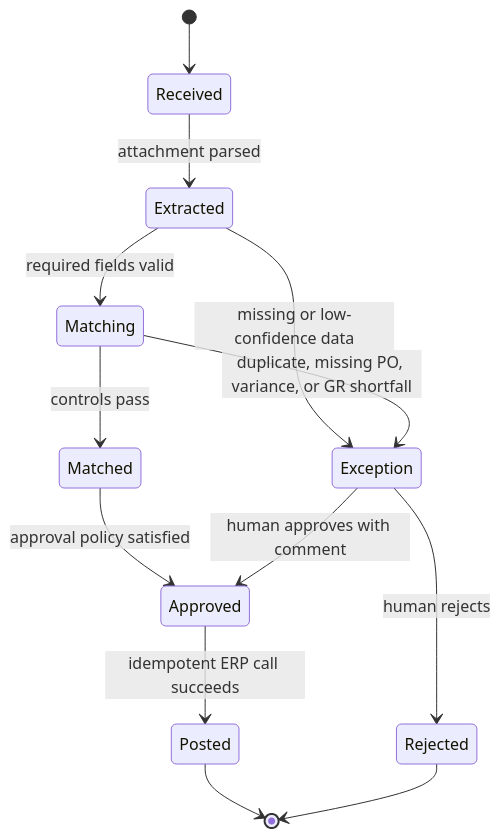
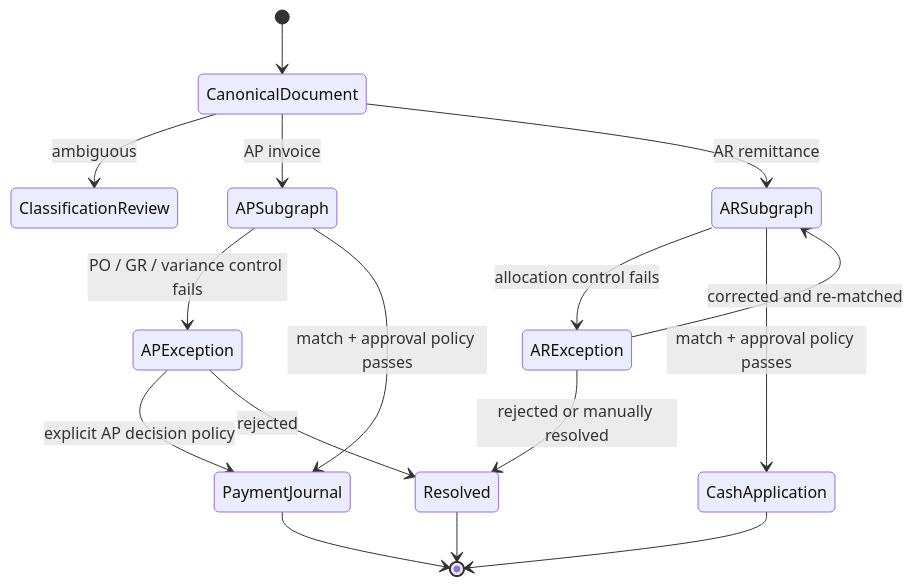
The diagram in docs/diagrams/workflow.mmd (saifs1315/Agentic-Invoice-to-Payment), drawn with Mermaid before and after one commit. The commit also changed other lines of this file and 51 other files, not shown here.

```diff
--- a/docs/diagrams/workflow.mmd
+++ b/docs/diagrams/workflow.mmd
@@ -1,13 +1,16 @@
 stateDiagram-v2
-  [*] --> Received
-  Received --> Extracted: attachment parsed
-  Extracted --> Exception: missing or low-confidence data
-  Extracted --> Matching: required fields valid
-  Matching --> Exception: duplicate, missing PO, variance, or GR shortfall
-  Matching --> Matched: controls pass
-  Matched --> Approved: approval policy satisfied
-  Exception --> Approved: human approves with comment
-  Exception --> Rejected: human rejects
-  Approved --> Posted: idempotent ERP call succeeds
-  Posted --> [*]
-  Rejected --> [*]
+  [*] --> CanonicalDocument
+  CanonicalDocument --> ClassificationReview: ambiguous
+  CanonicalDocument --> APSubgraph: AP invoice
+  CanonicalDocument --> ARSubgraph: AR remittance
+  APSubgraph --> APException: PO / GR / variance control fails
+  APSubgraph --> PaymentJournal: match + approval policy passes
+  ARSubgraph --> ARException: allocation control fails
+  ARSubgraph --> CashApplication: match + approval policy passes
+  ARException --> ARSubgraph: corrected and re-matched
+  ARException --> Resolved: rejected or manually resolved
+  APException --> PaymentJournal: explicit AP decision policy
+  APException --> Resolved: rejected
+  PaymentJournal --> [*]
+  CashApplication --> [*]
+  Resolved --> [*]
```
